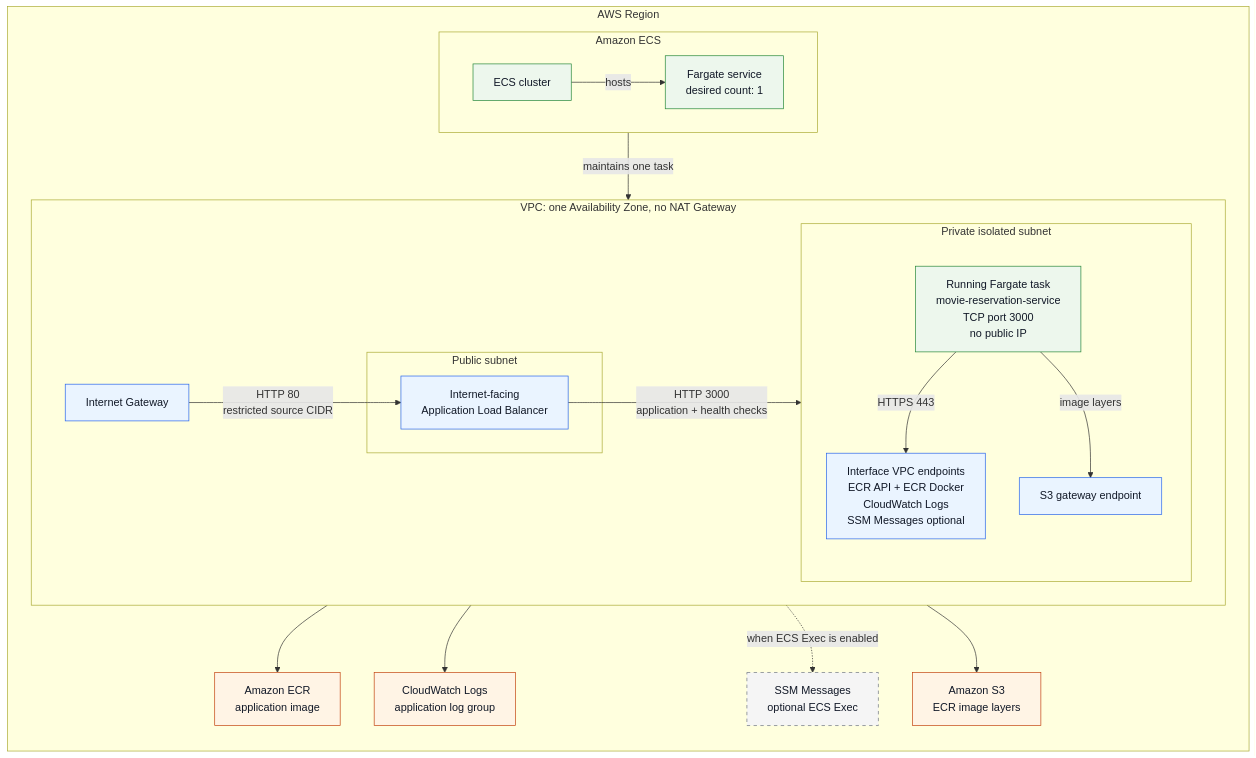
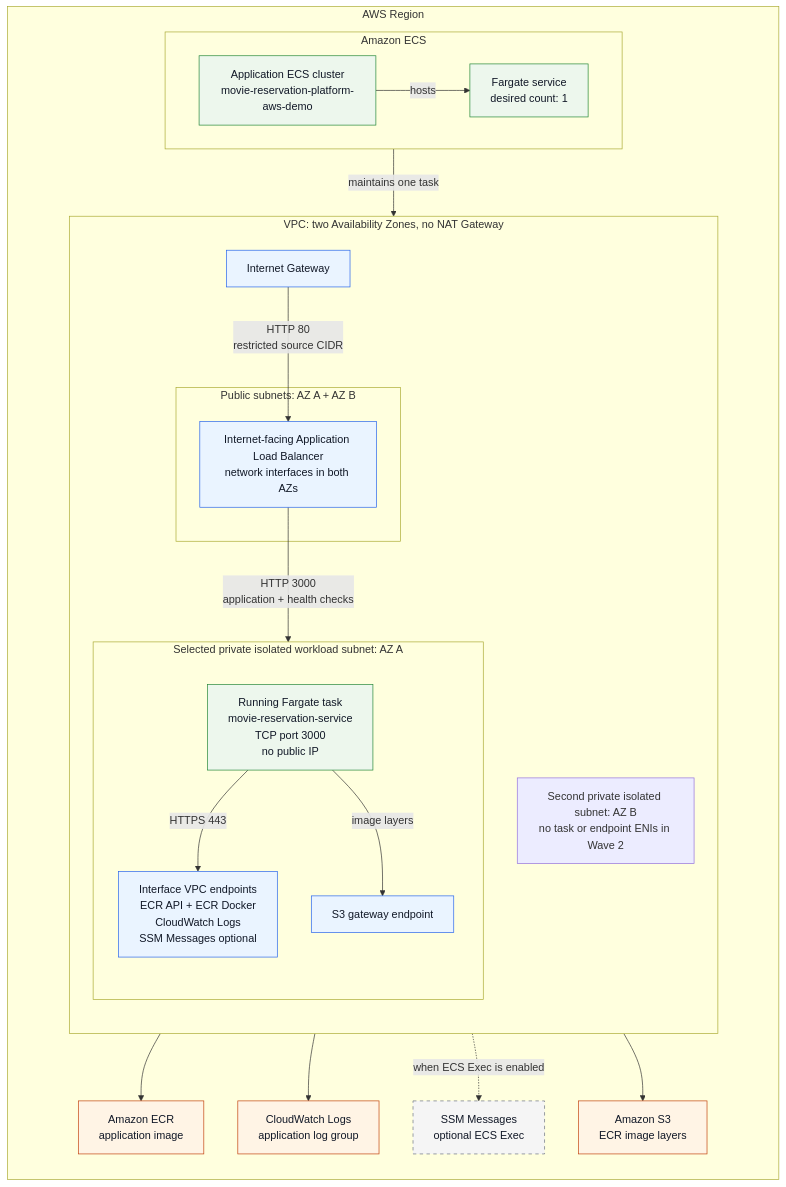
Before and after one commit to movie-reservation-platform-lab/golden-path-ecs-template: the first of 2 diagrams in docs/architecture/ecs-fargate-deployment.md, drawn with Mermaid. The commit also changed other lines of this file and 3 other files, not shown here.

````diff
--- a/docs/architecture/ecs-fargate-deployment.md
+++ b/docs/architecture/ecs-fargate-deployment.md
@@ -20,56 +20,58 @@
 ```mermaid
 flowchart TB
   subgraph region["AWS Region"]
     direction TB
 
     subgraph ecs["Amazon ECS"]
       direction LR
-      cluster["ECS cluster"]
+      cluster["Application ECS cluster<br/>movie-reservation-platform-aws-demo"]
       service["Fargate service<br/>desired count: 1"]
       cluster -->|"hosts"| service
     end
 
-    subgraph vpc["VPC: one Availability Zone, no NAT Gateway"]
-      direction LR
+    subgraph vpc["VPC: two Availability Zones, no NAT Gateway"]
+      direction TB
       igw["Internet Gateway"]
 
-      subgraph publicSubnet["Public subnet"]
-        alb["Internet-facing<br/>Application Load Balancer"]
+      subgraph publicSubnets["Public subnets: AZ A + AZ B"]
+        alb["Internet-facing Application Load Balancer<br/>network interfaces in both AZs"]
       end
 
-      subgraph isolatedSubnet["Private isolated subnet"]
+      subgraph workloadSubnet["Selected private isolated workload subnet: AZ A"]
         direction TB
         task["Running Fargate task<br/>movie-reservation-service<br/>TCP port 3000<br/>no public IP"]
         interfaceEndpoints["Interface VPC endpoints<br/>ECR API + ECR Docker<br/>CloudWatch Logs<br/>SSM Messages optional"]
         s3Endpoint["S3 gateway endpoint"]
 
         task -->|"HTTPS 443"| interfaceEndpoints
         task -->|"image layers"| s3Endpoint
       end
+
+      standbySubnet["Second private isolated subnet: AZ B<br/>no task or endpoint ENIs in Wave 2"]
 
       igw -->|"HTTP 80<br/>restricted source CIDR"| alb
       alb -->|"HTTP 3000<br/>application + health checks"| task
     end
 
     ecr["Amazon ECR<br/>application image"]
     s3["Amazon S3<br/>ECR image layers"]
     logs["CloudWatch Logs<br/>application log group"]
     ssm["SSM Messages<br/>optional ECS Exec"]
 
     service -->|"maintains one task"| task
     interfaceEndpoints --> ecr
     interfaceEndpoints --> logs
     interfaceEndpoints -.->|"when ECS Exec is enabled"| ssm
     s3Endpoint --> s3
   end
 
   classDef network fill:#eaf4ff,stroke:#2563eb,color:#111827
   classDef compute fill:#edf7ed,stroke:#238636,color:#111827
   classDef awsService fill:#fff4e5,stroke:#c2410c,color:#111827
   classDef optional fill:#f5f5f5,stroke:#6b7280,color:#111827,stroke-dasharray: 5 5
 
   class igw,alb,interfaceEndpoints,s3Endpoint network
   class cluster,service,task compute
   class ecr,s3,logs awsService
   class ssm optional
 ```
````
